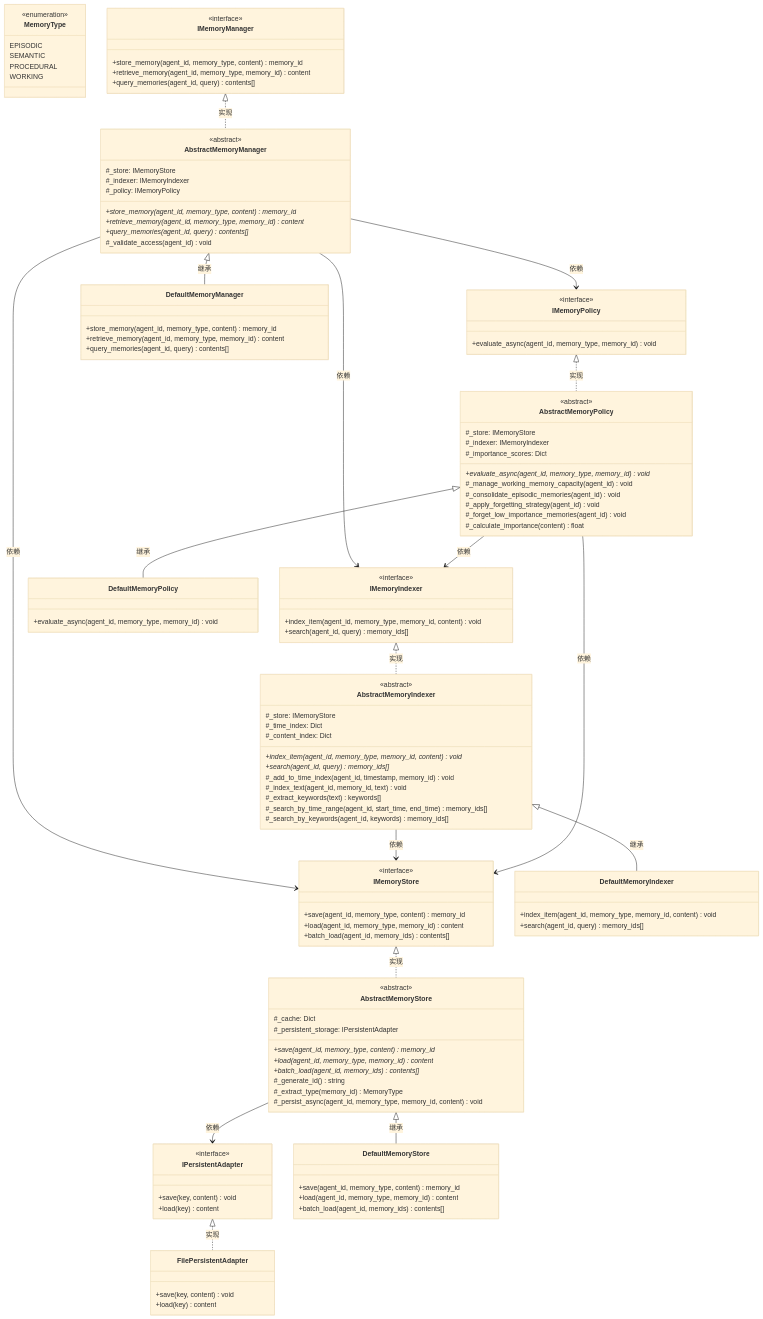
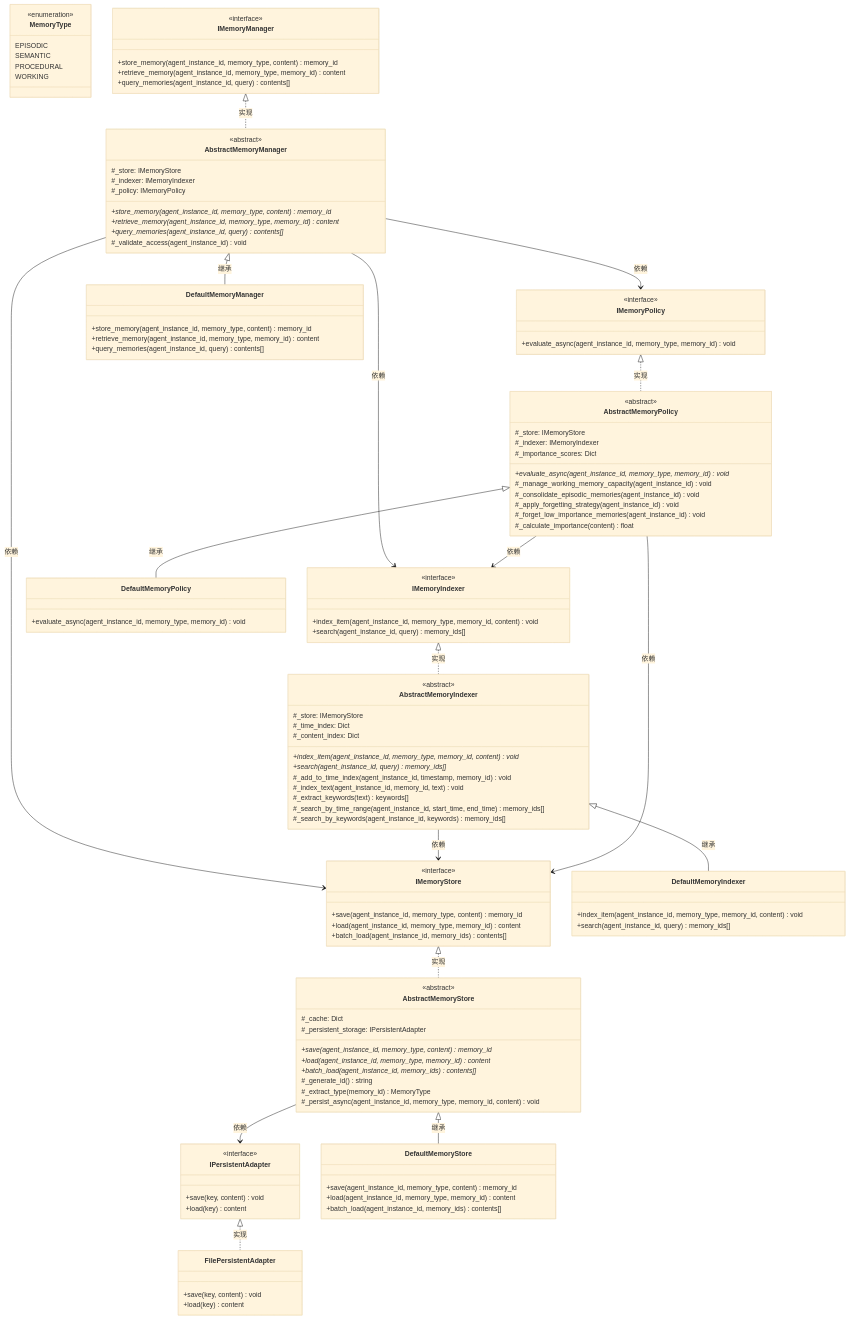
Before and after one commit to DDtoma/iodraw-files: the diagram in all/未命名-2.md, drawn with Mermaid (base theme).

Commit message:
2025-03-11 16:29:59 update

```diff
--- a/all/未命名-2.md
+++ b/all/未命名-2.md
@@ -12,27 +12,27 @@
     %% 抽象接口定义
     class IMemoryManager {
         <<interface>>
-        +store_memory(agent_id, memory_type, content) memory_id
-        +retrieve_memory(agent_id, memory_type, memory_id) content
-        +query_memories(agent_id, query) contents[]
+        +store_memory(agent_instance_id, memory_type, content) memory_id
+        +retrieve_memory(agent_instance_id, memory_type, memory_id) content
+        +query_memories(agent_instance_id, query) contents[]
     }
     
     class IMemoryStore {
         <<interface>>
-        +save(agent_id, memory_type, content) memory_id
-        +load(agent_id, memory_type, memory_id) content
-        +batch_load(agent_id, memory_ids) contents[]
+        +save(agent_instance_id, memory_type, content) memory_id
+        +load(agent_instance_id, memory_type, memory_id) content
+        +batch_load(agent_instance_id, memory_ids) contents[]
     }
     
     class IMemoryIndexer {
         <<interface>>
-        +index_item(agent_id, memory_type, memory_id, content) void
-        +search(agent_id, query) memory_ids[]
+        +index_item(agent_instance_id, memory_type, memory_id, content) void
+        +search(agent_instance_id, query) memory_ids[]
     }
     
     class IMemoryPolicy {
         <<interface>>
-        +evaluate_async(agent_id, memory_type, memory_id) void
+        +evaluate_async(agent_instance_id, memory_type, memory_id) void
     }
     
     class IPersistentAdapter {
@@ -47,22 +47,22 @@
         #_store: IMemoryStore
         #_indexer: IMemoryIndexer
         #_policy: IMemoryPolicy
-        +store_memory(agent_id, memory_type, content)* memory_id
-        +retrieve_memory(agent_id, memory_type, memory_id)* content
-        +query_memories(agent_id, query)* contents[]
-        #_validate_access(agent_id) void
+        +store_memory(agent_instance_id, memory_type, content)* memory_id
+        +retrieve_memory(agent_instance_id, memory_type, memory_id)* content
+        +query_memories(agent_instance_id, query)* contents[]
+        #_validate_access(agent_instance_id) void
     }
     
     class AbstractMemoryStore {
         <<abstract>>
         #_cache: Dict
         #_persistent_storage: IPersistentAdapter
-        +save(agent_id, memory_type, content)* memory_id
-        +load(agent_id, memory_type, memory_id)* content
-        +batch_load(agent_id, memory_ids)* contents[]
+        +save(agent_instance_id, memory_type, content)* memory_id
+        +load(agent_instance_id, memory_type, memory_id)* content
+        +batch_load(agent_instance_id, memory_ids)* contents[]
         #_generate_id() string
         #_extract_type(memory_id) MemoryType
-        #_persist_async(agent_id, memory_type, memory_id, content) void
+        #_persist_async(agent_instance_id, memory_type, memory_id, content) void
     }
     
     class AbstractMemoryIndexer {
@@ -70,13 +70,13 @@
         #_store: IMemoryStore
         #_time_index: Dict
         #_content_index: Dict
-        +index_item(agent_id, memory_type, memory_id, content)* void
-        +search(agent_id, query)* memory_ids[]
-        #_add_to_time_index(agent_id, timestamp, memory_id) void
-        #_index_text(agent_id, memory_id, text) void
+        +index_item(agent_instance_id, memory_type, memory_id, content)* void
+        +search(agent_instance_id, query)* memory_ids[]
+        #_add_to_time_index(agent_instance_id, timestamp, memory_id) void
+        #_index_text(agent_instance_id, memory_id, text) void
         #_extract_keywords(text) keywords[]
-        #_search_by_time_range(agent_id, start_time, end_time) memory_ids[]
-        #_search_by_keywords(agent_id, keywords) memory_ids[]
+        #_search_by_time_range(agent_instance_id, start_time, end_time) memory_ids[]
+        #_search_by_keywords(agent_instance_id, keywords) memory_ids[]
     }
     
     class AbstractMemoryPolicy {
@@ -84,34 +84,34 @@
         #_store: IMemoryStore
         #_indexer: IMemoryIndexer
         #_importance_scores: Dict
-        +evaluate_async(agent_id, memory_type, memory_id)* void
-        #_manage_working_memory_capacity(agent_id) void
-        #_consolidate_episodic_memories(agent_id) void
-        #_apply_forgetting_strategy(agent_id) void
-        #_forget_low_importance_memories(agent_id) void
+        +evaluate_async(agent_instance_id, memory_type, memory_id)* void
+        #_manage_working_memory_capacity(agent_instance_id) void
+        #_consolidate_episodic_memories(agent_instance_id) void
+        #_apply_forgetting_strategy(agent_instance_id) void
+        #_forget_low_importance_memories(agent_instance_id) void
         #_calculate_importance(content) float
     }
     
     %% 具体实现类
     class DefaultMemoryManager {
-        +store_memory(agent_id, memory_type, content) memory_id
-        +retrieve_memory(agent_id, memory_type, memory_id) content
-        +query_memories(agent_id, query) contents[]
+        +store_memory(agent_instance_id, memory_type, content) memory_id
+        +retrieve_memory(agent_instance_id, memory_type, memory_id) content
+        +query_memories(agent_instance_id, query) contents[]
     }
     
     class DefaultMemoryStore {
-        +save(agent_id, memory_type, content) memory_id
-        +load(agent_id, memory_type, memory_id) content
-        +batch_load(agent_id, memory_ids) contents[]
+        +save(agent_instance_id, memory_type, content) memory_id
+        +load(agent_instance_id, memory_type, memory_id) content
+        +batch_load(agent_instance_id, memory_ids) contents[]
     }
     
     class DefaultMemoryIndexer {
-        +index_item(agent_id, memory_type, memory_id, content) void
-        +search(agent_id, query) memory_ids[]
+        +index_item(agent_instance_id, memory_type, memory_id, content) void
+        +search(agent_instance_id, query) memory_ids[]
     }
     
     class DefaultMemoryPolicy {
-        +evaluate_async(agent_id, memory_type, memory_id) void
+        +evaluate_async(agent_instance_id, memory_type, memory_id) void
     }
     
     class FilePersistentAdapter {
```
